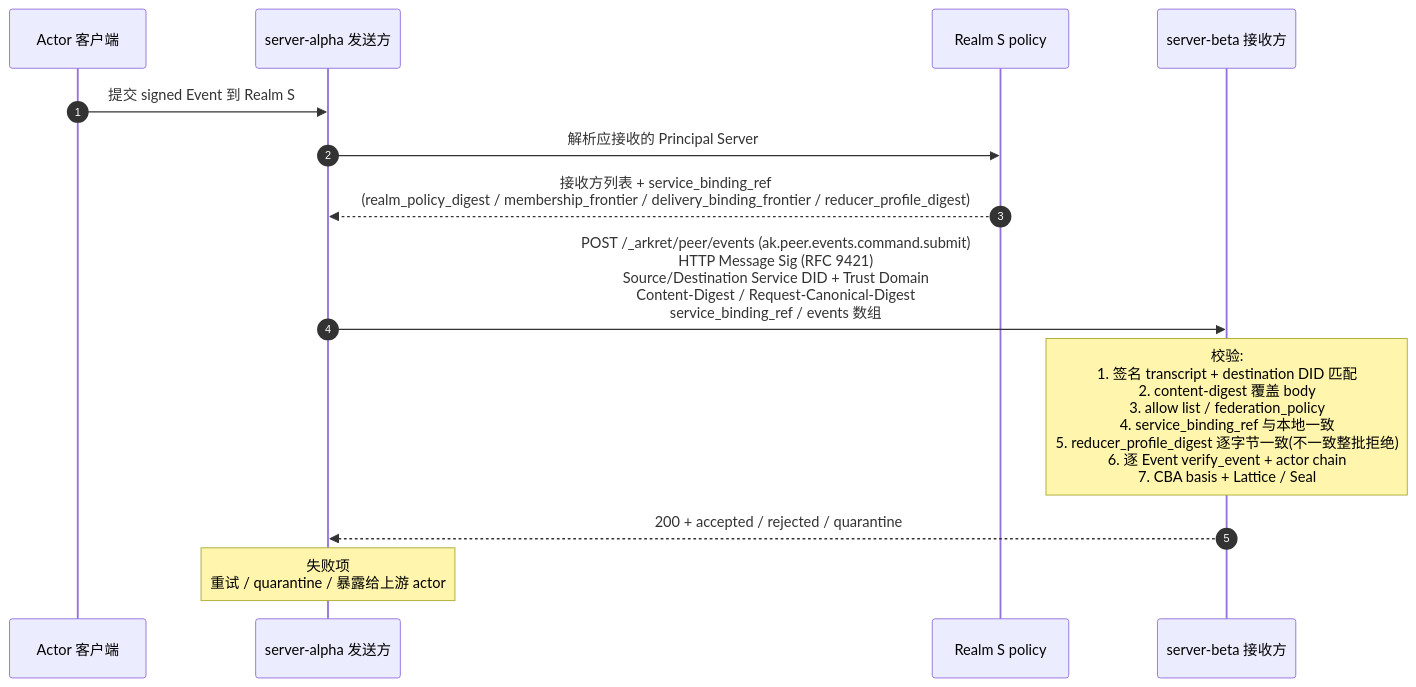
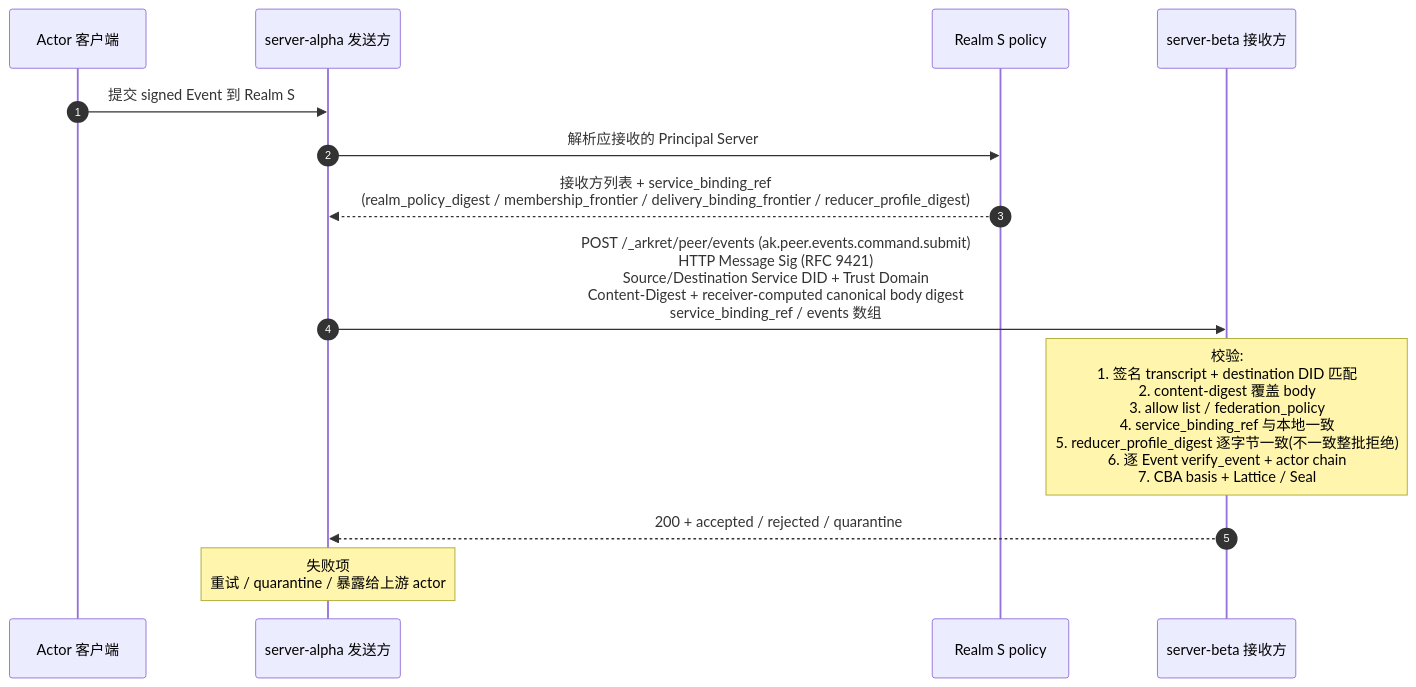
One commit to arkret-org/arkret-spec changed the diagram in spec/v1/zh/sync/federation.md. Above: the diagram before and after it, drawn with Mermaid. The commit also changed other lines of this file and 86 other files, not shown here.

````diff
--- a/spec/v1/zh/sync/federation.md
+++ b/spec/v1/zh/sync/federation.md
@@ -581,16 +578,16 @@
 ```mermaid
 sequenceDiagram
     autonumber
     participant Cli as Actor 客户端
     participant Alpha as server-alpha 发送方
     participant Pol as Realm S policy
     participant Beta as server-beta 接收方
 
     Cli->>Alpha: 提交 signed Event 到 Realm S
     Alpha->>Pol: 解析应接收的 Principal Server
     Pol-->>Alpha: 接收方列表 + service_binding_ref<br>(realm_policy_digest / membership_frontier / delivery_binding_frontier / reducer_profile_digest)
-    Alpha->>Beta: POST /_arkret/peer/events (ak.peer.events.command.submit)<br>HTTP Message Sig (RFC 9421)<br>Source/Destination Service DID + Trust Domain<br>Content-Digest / Request-Canonical-Digest<br>service_binding_ref / events 数组
+    Alpha->>Beta: POST /_arkret/peer/events (ak.peer.events.command.submit)<br>HTTP Message Sig (RFC 9421)<br>Source/Destination Service DID + Trust Domain<br>Content-Digest + receiver-computed canonical body digest<br>service_binding_ref / events 数组
     note over Beta: 校验:<br>1. 签名 transcript + destination DID 匹配<br>2. content-digest 覆盖 body<br>3. allow list / federation_policy<br>4. service_binding_ref 与本地一致<br>5. reducer_profile_digest 逐字节一致(不一致整批拒绝)<br>6. 逐 Event verify_event + actor chain<br>7. CBA basis + Lattice / Seal
     Beta-->>Alpha: 200 + accepted / rejected / quarantine
     note over Alpha: 失败项<br>重试 / quarantine / 暴露给上游 actor
 ```
````
